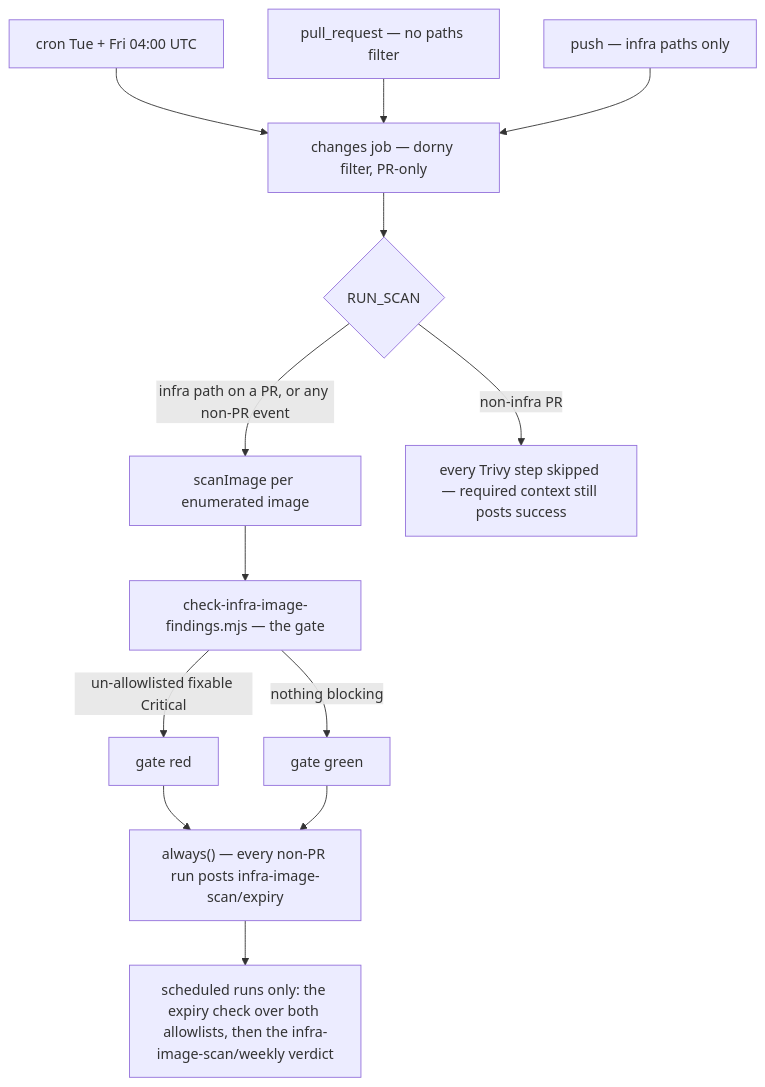
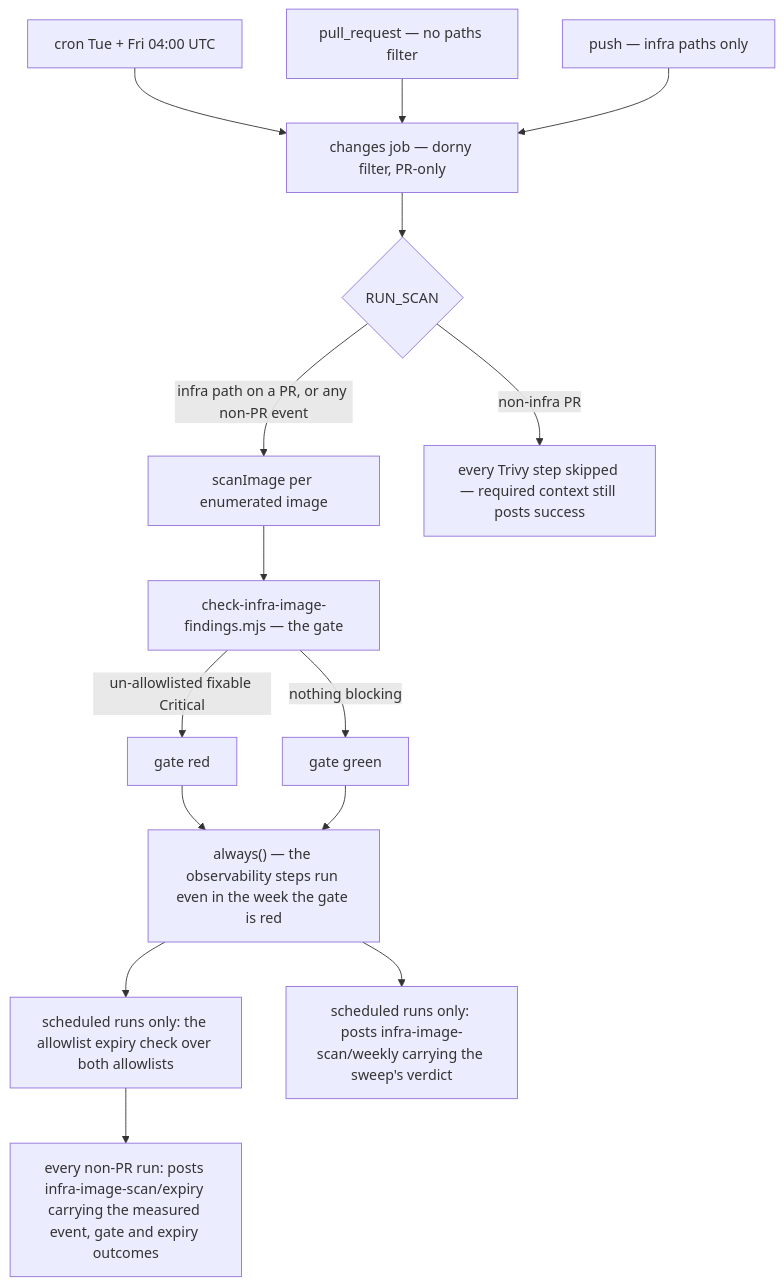
Before and after one commit to jumbleknot/MovieCollectionManager: the diagram in openwiki/runbooks/infra-image-scanning.md, drawn with Mermaid. The commit also changed other lines of this file and 5 other files, not shown here.

````diff
--- a/openwiki/runbooks/infra-image-scanning.md
+++ b/openwiki/runbooks/infra-image-scanning.md
@@ -112,16 +114,18 @@
 ```mermaid
 flowchart TD
   A["cron Tue + Fri 04:00 UTC"] --> C
   B["pull_request — no paths filter"] --> C
   D["push — infra paths only"] --> C
   C["changes job — dorny filter, PR-only"] --> E{"RUN_SCAN"}
   E -->|"infra path on a PR, or any non-PR event"| F["scanImage per enumerated image"]
   E -->|"non-infra PR"| G["every Trivy step skipped — required context still posts success"]
   F --> H["check-infra-image-findings.mjs — the gate"]
   H -->|"un-allowlisted fixable Critical"| I["gate red"]
   H -->|"nothing blocking"| J["gate green"]
   I --> K
   J --> K
-  K["always() — every non-PR run posts infra-image-scan/expiry"]
-  K --> L["scheduled runs only: the expiry check over both allowlists, then the infra-image-scan/weekly verdict"]
+  K["always() — the observability steps run even in the week the gate is red"]
+  K --> L["scheduled runs only: the allowlist expiry check over both allowlists"]
+  L --> M["every non-PR run: posts infra-image-scan/expiry carrying the measured event, gate and expiry outcomes"]
+  K --> N["scheduled runs only: posts infra-image-scan/weekly carrying the sweep's verdict"]
 ```
````
